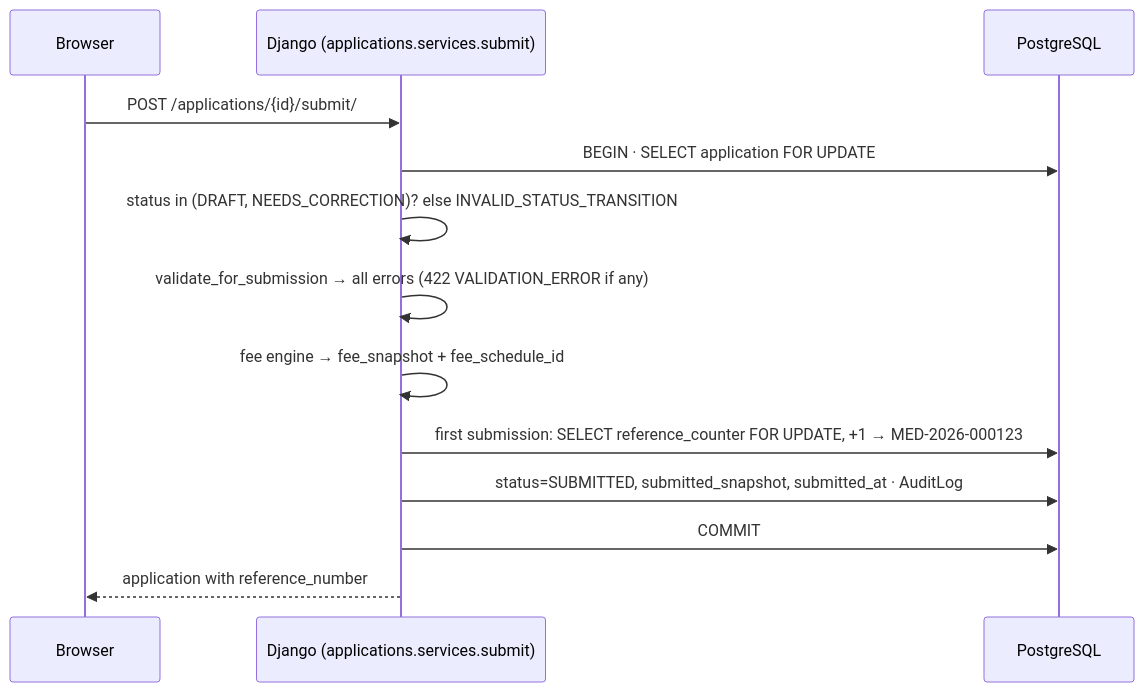
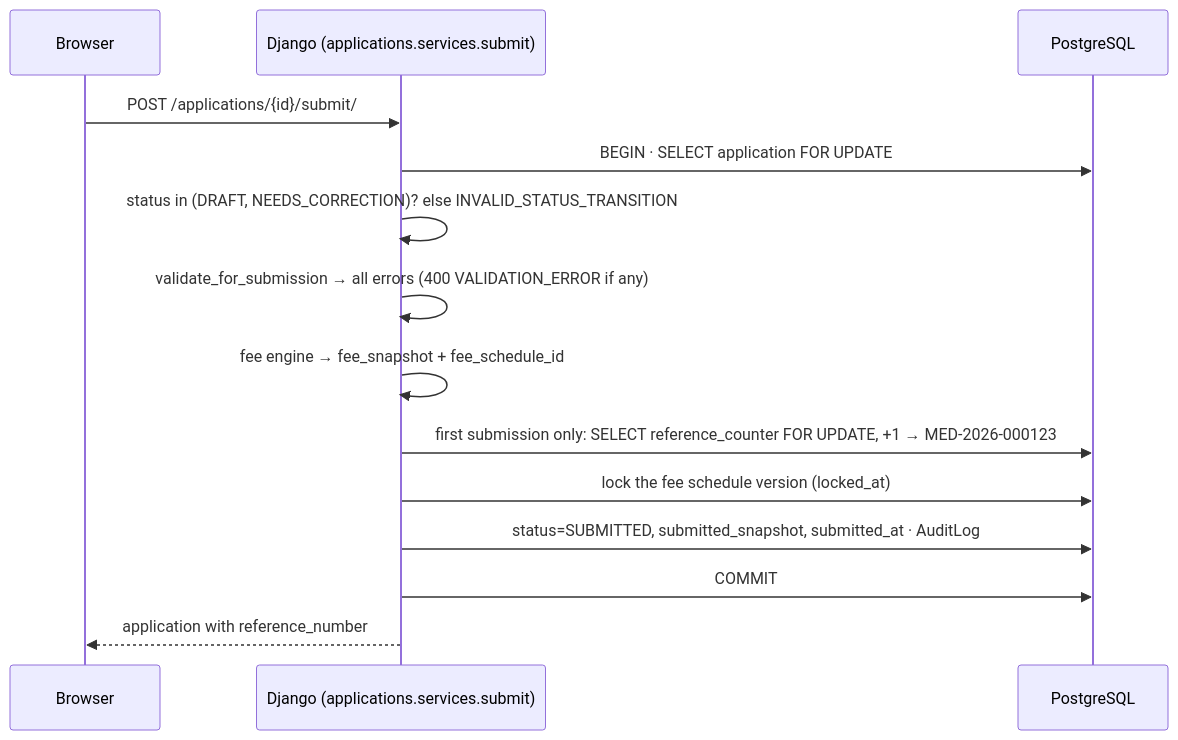
One commit to amr990719/Medical_App_Azure changed the fifth of 8 diagrams in docs/architecture.md. Above: the diagram before and after it, drawn with Mermaid. The commit also changed other lines of this file and 32 other files, not shown here.

````diff
--- a/docs/architecture.md
+++ b/docs/architecture.md
@@ -140,15 +140,16 @@
 ```mermaid
 sequenceDiagram
     participant B as Browser
     participant DJ as Django (applications.services.submit)
     participant PG as PostgreSQL
     B->>DJ: POST /applications/{id}/submit/
     DJ->>PG: BEGIN · SELECT application FOR UPDATE
     DJ->>DJ: status in (DRAFT, NEEDS_CORRECTION)? else INVALID_STATUS_TRANSITION
-    DJ->>DJ: validate_for_submission → all errors (422 VALIDATION_ERROR if any)
+    DJ->>DJ: validate_for_submission → all errors (400 VALIDATION_ERROR if any)
     DJ->>DJ: fee engine → fee_snapshot + fee_schedule_id
-    DJ->>PG: first submission: SELECT reference_counter FOR UPDATE, +1 → MED-2026-000123
+    DJ->>PG: first submission only: SELECT reference_counter FOR UPDATE, +1 → MED-2026-000123
+    DJ->>PG: lock the fee schedule version (locked_at)
     DJ->>PG: status=SUBMITTED, submitted_snapshot, submitted_at · AuditLog
     DJ->>PG: COMMIT
     DJ-->>B: application with reference_number
 ```
````
